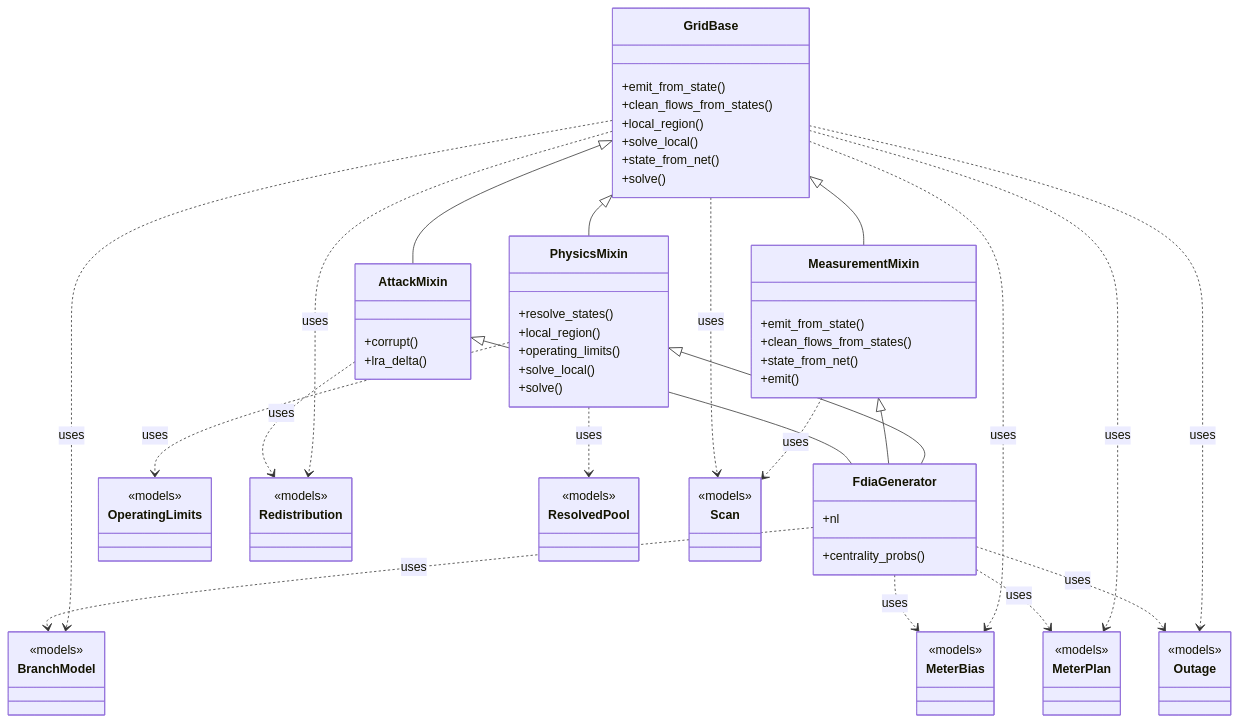
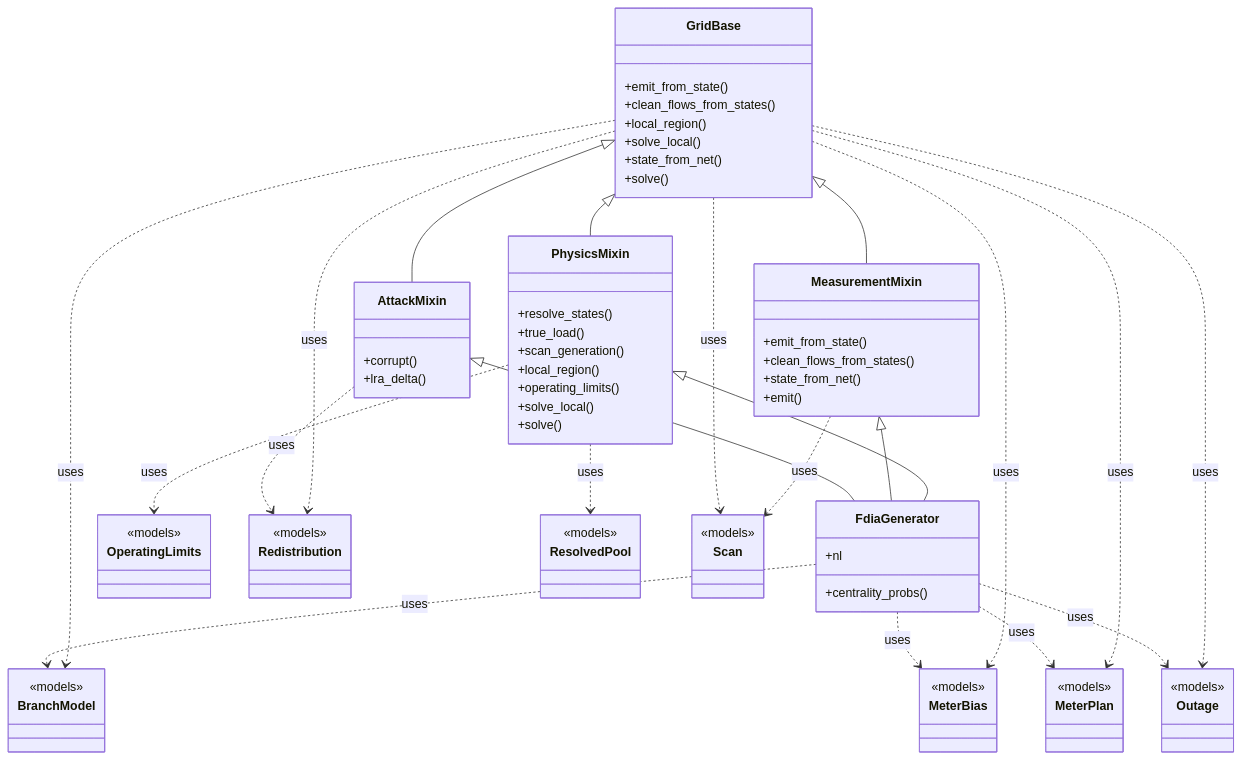
The diagram in docs/figures/diagrams/classes_engine.mmd (myersben9/fdia-graph), drawn with Mermaid before and after one commit. The commit also changed 15 other files, not shown here.

Commit message:
Generator: a scan's load at a generator bus, static-generator injection buses, the redistribution direction

```diff
--- a/docs/figures/diagrams/classes_engine.mmd
+++ b/docs/figures/diagrams/classes_engine.mmd
@@ -1,74 +1,76 @@
 classDiagram
     class GridBase {
         +emit_from_state()
         +clean_flows_from_states()
         +local_region()
         +solve_local()
         +state_from_net()
         +solve()
     }
     class MeasurementMixin {
         +emit_from_state()
         +clean_flows_from_states()
         +state_from_net()
         +emit()
     }
     class PhysicsMixin {
         +resolve_states()
+        +true_load()
+        +scan_generation()
         +local_region()
         +operating_limits()
         +solve_local()
         +solve()
     }
     class AttackMixin {
         +corrupt()
         +lra_delta()
     }
     class FdiaGenerator {
         +nl
         +centrality_probs()
     }
     class BranchModel {
         <<models>>
     }
     class MeterBias {
         <<models>>
     }
     class MeterPlan {
         <<models>>
     }
     class OperatingLimits {
         <<models>>
     }
     class Outage {
         <<models>>
     }
     class Redistribution {
         <<models>>
     }
     class ResolvedPool {
         <<models>>
     }
     class Scan {
         <<models>>
     }
     AttackMixin <|-- FdiaGenerator
     GridBase <|-- AttackMixin
     GridBase <|-- MeasurementMixin
     GridBase <|-- PhysicsMixin
     MeasurementMixin <|-- FdiaGenerator
     PhysicsMixin <|-- FdiaGenerator
     AttackMixin ..> Redistribution : uses
     FdiaGenerator ..> BranchModel : uses
     FdiaGenerator ..> MeterBias : uses
     FdiaGenerator ..> MeterPlan : uses
     FdiaGenerator ..> Outage : uses
     GridBase ..> BranchModel : uses
     GridBase ..> MeterBias : uses
     GridBase ..> MeterPlan : uses
     GridBase ..> Outage : uses
     GridBase ..> Redistribution : uses
     GridBase ..> Scan : uses
     MeasurementMixin ..> Scan : uses
     PhysicsMixin ..> OperatingLimits : uses
     PhysicsMixin ..> ResolvedPool : uses
```
